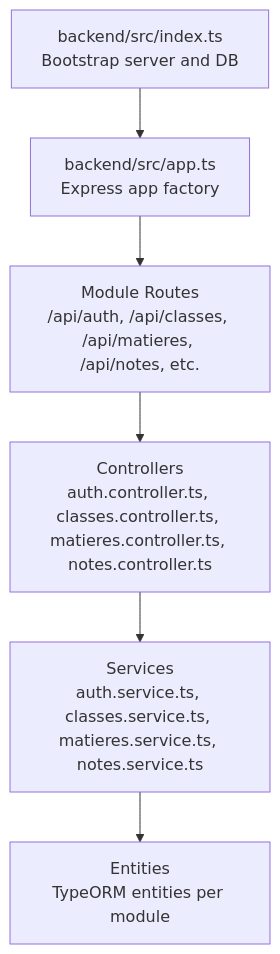
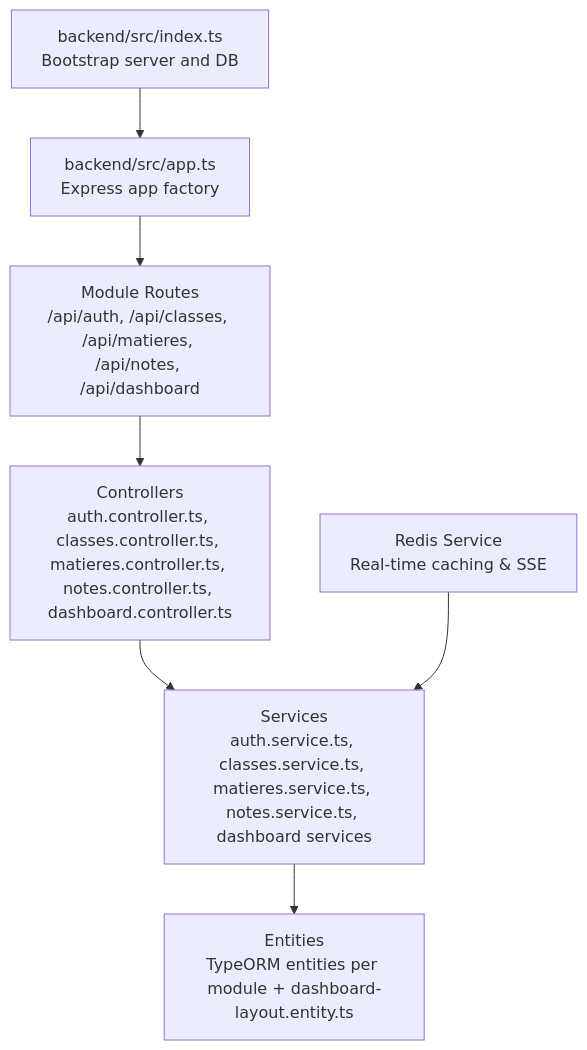
Before and after one commit to franckylab/eLISAschool: the first of 9 diagrams in .qoder/repowiki/en/content/Modules & Features/Modules & Features.md, drawn with Mermaid. The commit also changed other lines of this file and 390 other files, not shown here.

````diff
--- a/.qoder/repowiki/en/content/Modules & Features/Modules & Features.md
+++ b/.qoder/repowiki/en/content/Modules & Features/Modules & Features.md
@@ -50,8 +69,9 @@
 ```mermaid
 graph TB
 A["backend/src/index.ts<br/>Bootstrap server and DB"] --> B["backend/src/app.ts<br/>Express app factory"]
-B --> C["Module Routes<br/>/api/auth, /api/classes, /api/matieres, /api/notes, etc."]
-C --> D["Controllers<br/>auth.controller.ts, classes.controller.ts, matieres.controller.ts, notes.controller.ts"]
-D --> E["Services<br/>auth.service.ts, classes.service.ts, matieres.service.ts, notes.service.ts"]
-E --> F["Entities<br/>TypeORM entities per module"]
+B --> C["Module Routes<br/>/api/auth, /api/classes, /api/matieres, /api/notes, /api/dashboard"]
+C --> D["Controllers<br/>auth.controller.ts, classes.controller.ts, matieres.controller.ts, notes.controller.ts, dashboard.controller.ts"]
+D --> E["Services<br/>auth.service.ts, classes.service.ts, matieres.service.ts, notes.service.ts, dashboard services"]
+E --> F["Entities<br/>TypeORM entities per module + dashboard-layout.entity.ts"]
+G["Redis Service<br/>Real-time caching & SSE"] --> E
 ```
````
